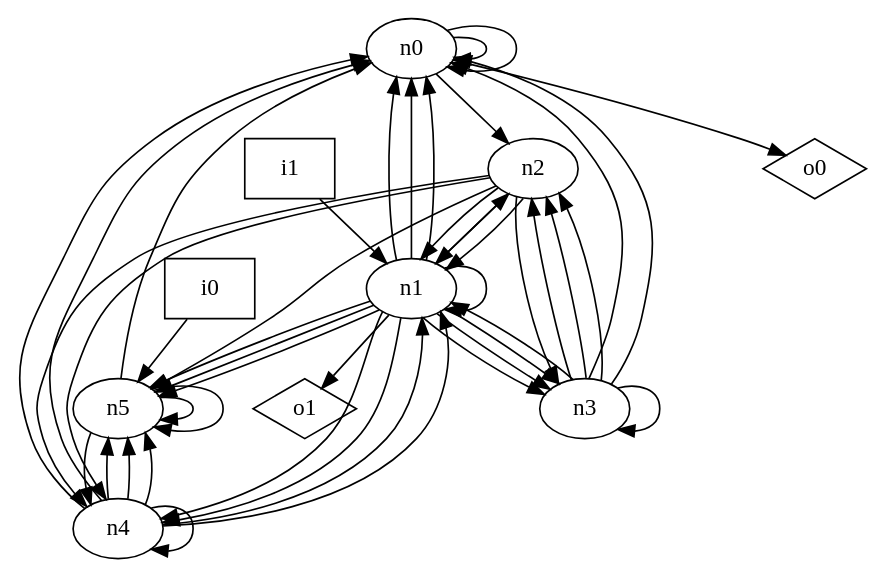
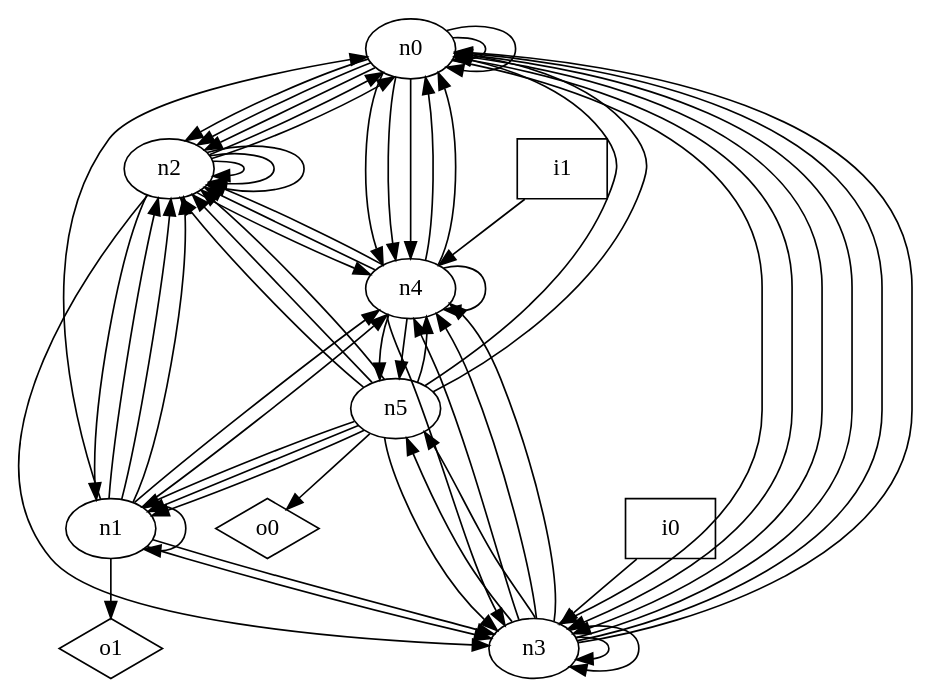
One commit to p9romain/bool-circuits changed the diagram in dot_files/random/random_graph.dot. Above: the diagram before and after it, drawn with Graphviz. The commit also changed 31 other files, not shown here.

```diff
--- a/dot_files/random/random_graph.dot
+++ b/dot_files/random/random_graph.dot
@@ -1,58 +1,72 @@
 digraph G {
 n0 [label="n0"];
 n1 [label="n1"];
 n2 [label="n2"];
 n3 [label="n3"];
 n4 [label="n4"];
 n5 [label="n5"];
 n6 [label="i0",shape="box"];
 n7 [label="i1",shape="box"];
 n8 [label="o0",shape="diamond"];
 n9 [label="o1",shape="diamond"];
 n0 -> n0
 n0 -> n0
 n0 -> n2
-n0 -> n8
-n1 -> n0
-n1 -> n0
+n0 -> n2
+n0 -> n2
+n0 -> n3
+n0 -> n3
+n0 -> n3
+n0 -> n4
+n0 -> n4
+n0 -> n4
 n1 -> n0
 n1 -> n1
 n1 -> n2
-n1 -> n3
+n1 -> n2
+n1 -> n2
 n1 -> n3
 n1 -> n3
 n1 -> n4
 n1 -> n4
-n1 -> n5
-n1 -> n5
-n1 -> n5
 n1 -> n9
+n2 -> n0
+n2 -> n0
 n2 -> n1
-n2 -> n1
-n2 -> n1
+n2 -> n2
+n2 -> n2
+n2 -> n2
 n2 -> n3
 n2 -> n4
-n2 -> n4
-n2 -> n5
 n3 -> n0
 n3 -> n0
-n3 -> n1
-n3 -> n2
-n3 -> n2
-n3 -> n2
+n3 -> n0
 n3 -> n3
+n3 -> n3
+n3 -> n4
+n3 -> n4
+n3 -> n4
+n3 -> n5
+n3 -> n5
 n4 -> n0
 n4 -> n0
-n4 -> n1
-n4 -> n1
+n4 -> n2
+n4 -> n2
+n4 -> n3
 n4 -> n4
 n4 -> n5
 n4 -> n5
-n4 -> n5
 n5 -> n0
+n5 -> n0
+n5 -> n1
+n5 -> n1
+n5 -> n1
+n5 -> n2
+n5 -> n2
+n5 -> n2
+n5 -> n3
 n5 -> n4
-n5 -> n5
-n5 -> n5
-n6 -> n5
-n7 -> n1
+n5 -> n8
+n6 -> n3
+n7 -> n4
 }
```
